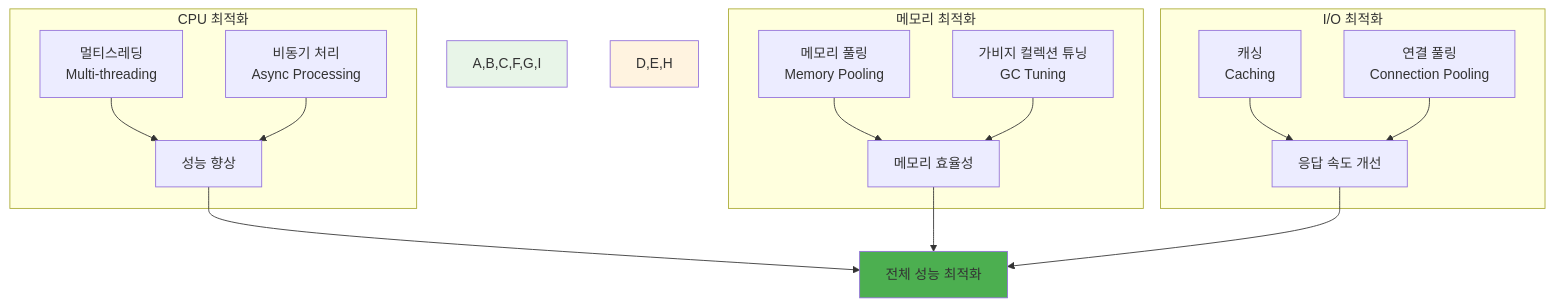
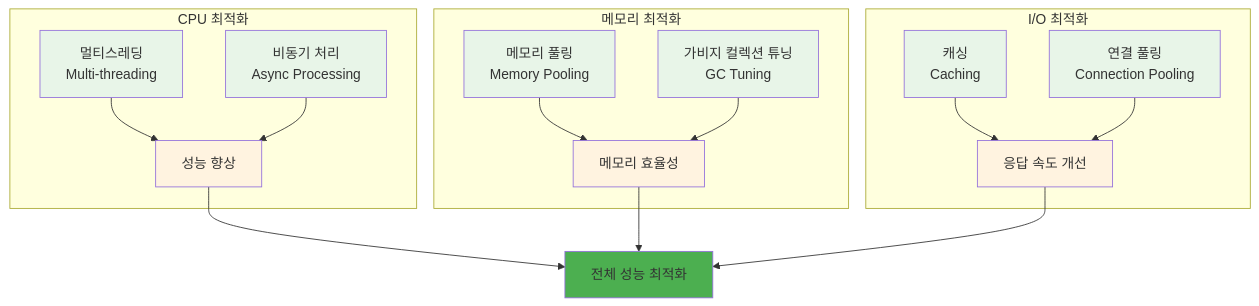
Before and after one commit to niceguy61/kdt_devops_lecture_2025: the sixth of 10 diagrams in theory/week_02/day3/README_corrected.md, drawn with Mermaid. The commit also changed other lines of this file and 63 other files, not shown here.

````diff
--- a/theory/week_02/day3/README_corrected.md
+++ b/theory/week_02/day3/README_corrected.md
@@ -326,25 +334,32 @@
 ```mermaid
 graph TB
     subgraph "CPU 최적화"
         A[멀티스레딩<br/>Multi-threading] --> D[성능 향상]
         B[비동기 처리<br/>Async Processing] --> D
     end
     
     subgraph "메모리 최적화"
         C[메모리 풀링<br/>Memory Pooling] --> E[메모리 효율성]
         F[가비지 컬렉션 튜닝<br/>GC Tuning] --> E
     end
     
     subgraph "I/O 최적화"
         G[캐싱<br/>Caching] --> H[응답 속도 개선]
         I[연결 풀링<br/>Connection Pooling] --> H
     end
     
     D --> J[전체 성능 최적화]
     E --> J
     H --> J
     
-    style A,B,C,F,G,I fill:#e8f5e8
-    style D,E,H fill:#fff3e0
+    style A fill:#e8f5e8
+    style B fill:#e8f5e8
+    style C fill:#e8f5e8
+    style F fill:#e8f5e8
+    style G fill:#e8f5e8
+    style I fill:#e8f5e8
+    style D fill:#fff3e0
+    style E fill:#fff3e0
+    style H fill:#fff3e0
     style J fill:#4caf50
 ```
````
